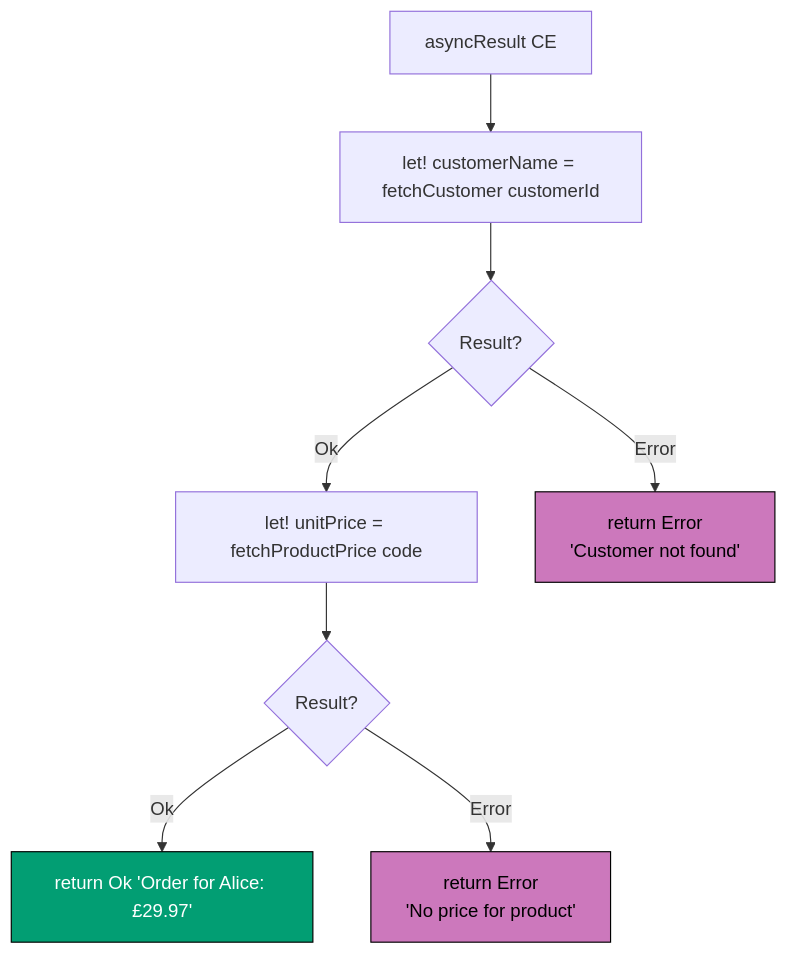
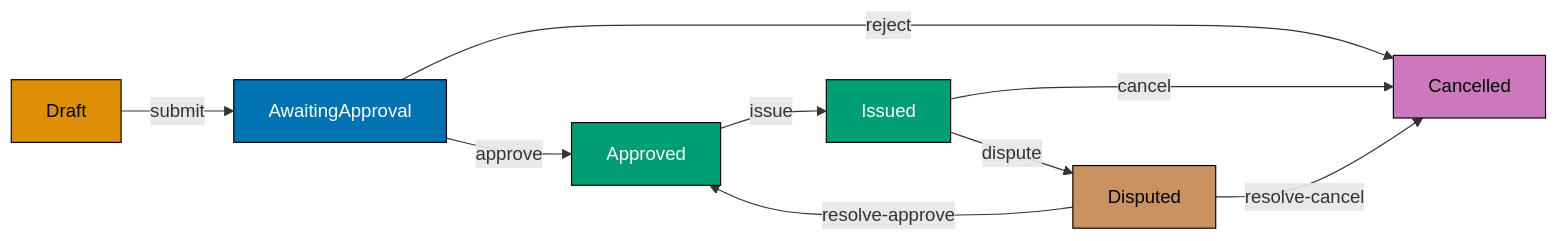
Before and after one commit to wahidyankf/open-sharia-enterprise: the third of 3 diagrams in apps/ayokoding-web/content/en/learn/software-engineering/architecture/domain-driven-design-ddd/fp-by-example/intermediate.md, drawn with Mermaid. The commit also changed other lines of this file and 38 other files, not shown here.

First line of the commit message:
docs(ayokoding-web): unify architecture tutorials on shared P2P domain

````diff
--- a/apps/ayokoding-web/content/en/learn/software-engineering/architecture/domain-driven-design-ddd/fp-by-example/intermediate.md
+++ b/apps/ayokoding-web/content/en/learn/software-engineering/architecture/domain-driven-design-ddd/fp-by-example/intermediate.md
@@ -663,23 +832,25 @@
 ```mermaid
-graph TD
-    A["asyncResult CE"]
-    B["let! customerName = fetchCustomer customerId"]
-    C{"Result?"}
-    D["let! unitPrice = fetchProductPrice code"]
-    E{"Result?"}
-    F["return Ok 'Order for Alice: £29.97'"]
-    G["return Error\n'Customer not found'"]
-    H["return Error\n'No price for product'"]
+graph LR
+    D["Draft"]
+    AA["AwaitingApproval"]
+    AP["Approved"]
+    IS["Issued"]
+    CA["Cancelled"]
+    DI["Disputed"]
 
-    A --> B
-    B --> C
-    C -- "Ok" --> D
-    C -- "Error" --> G
-    D --> E
-    E -- "Ok" --> F
-    E -- "Error" --> H
+    D  -- "submit"   --> AA
+    AA -- "approve"  --> AP
+    AA -- "reject"   --> CA
+    AP -- "issue"    --> IS
+    IS -- "cancel"   --> CA
+    IS -- "dispute"  --> DI
+    DI -- "resolve-approve" --> AP
+    DI -- "resolve-cancel"  --> CA
 
-    style F fill:#029E73,stroke:#000,color:#fff
-    style G fill:#CC78BC,stroke:#000,color:#000
-    style H fill:#CC78BC,stroke:#000,color:#000
+    style D  fill:#DE8F05,stroke:#000,color:#000
+    style AA fill:#0173B2,stroke:#000,color:#fff
+    style AP fill:#029E73,stroke:#000,color:#fff
+    style IS fill:#029E73,stroke:#000,color:#fff
+    style CA fill:#CC78BC,stroke:#000,color:#000
+    style DI fill:#CA9161,stroke:#000,color:#000
 ```
````
